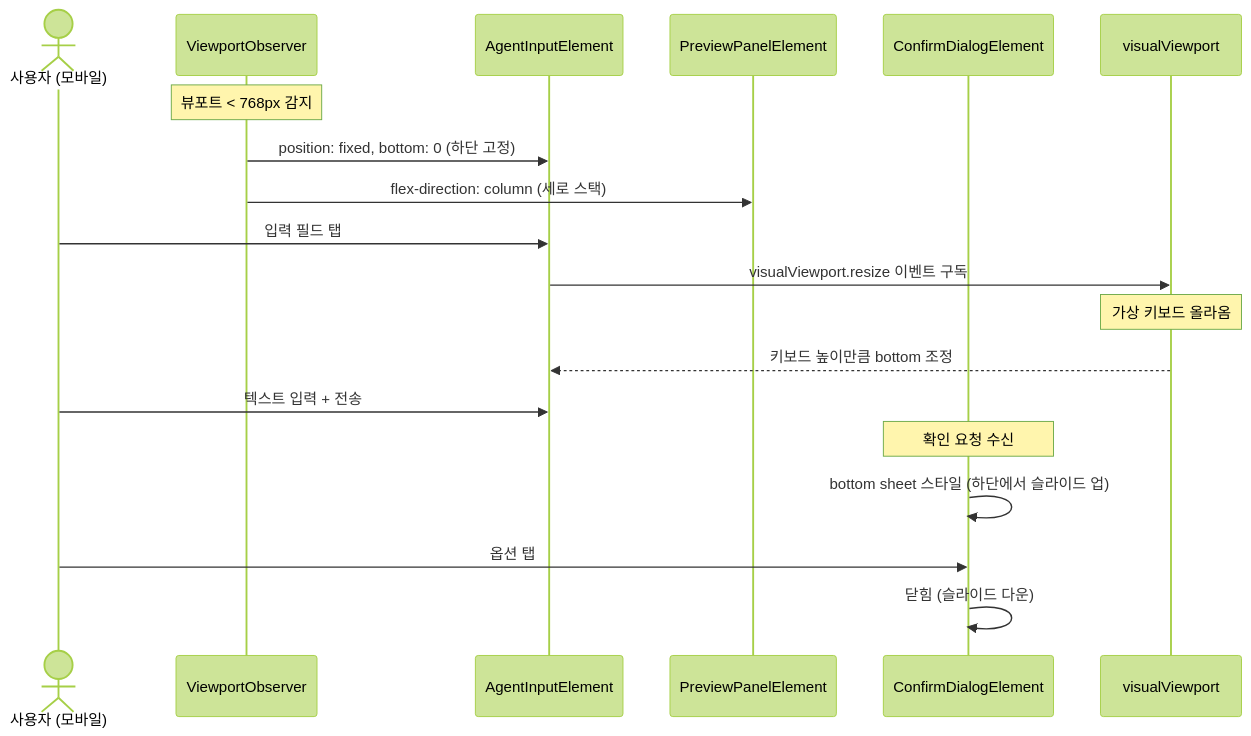
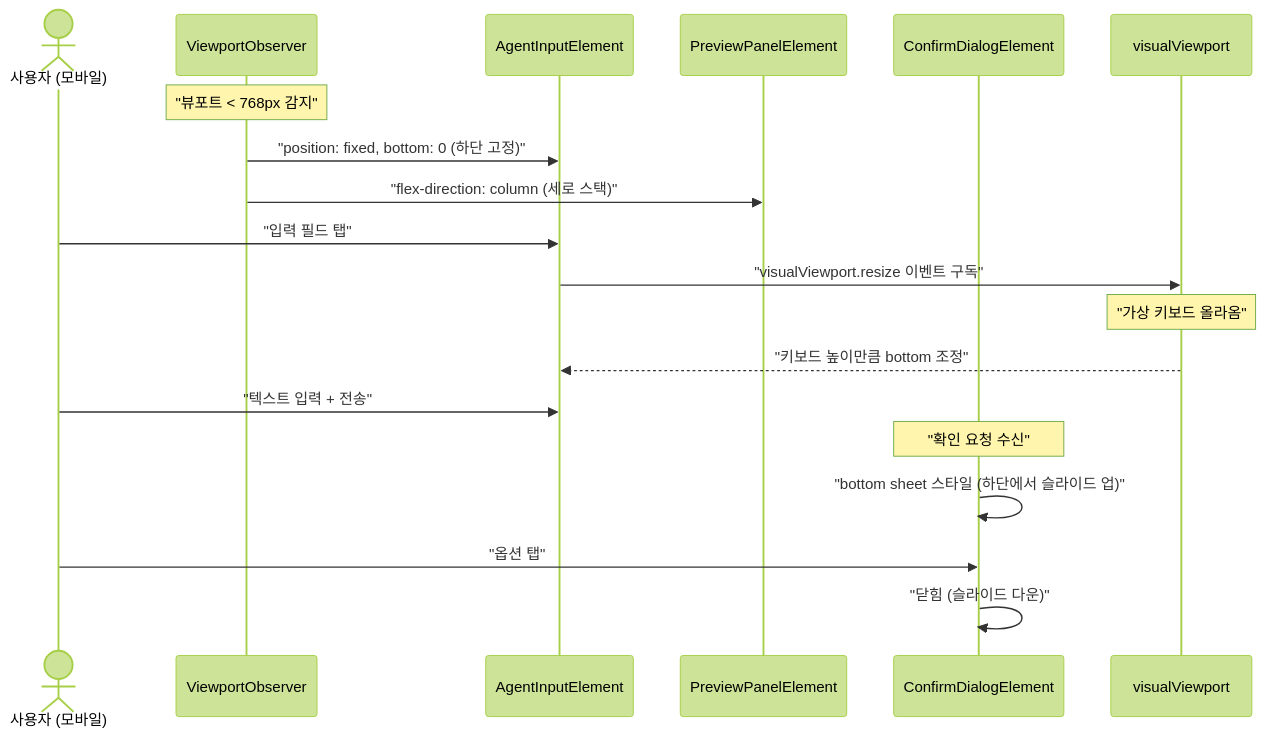
The sixth of 6 diagrams in agent-ui/USECASE.md (sayaya1090/handbook), drawn with Mermaid (forest theme) before and after one commit. The commit also changed other lines of this file and 22 other files, not shown here.

First line of the commit message:
docs: Mermaid 다이어그램 렌더링 오류 수정을 위한 구문 전수 교정

````diff
--- a/agent-ui/USECASE.md
+++ b/agent-ui/USECASE.md
@@ -275,24 +275,24 @@
 ```mermaid
 sequenceDiagram
     actor User as 사용자 (모바일)
     participant VP as ViewportObserver
     participant Input as AgentInputElement
     participant Preview as PreviewPanelElement
     participant Confirm as ConfirmDialogElement
     participant VV as visualViewport
 
-    Note over VP: 뷰포트 < 768px 감지
-    VP->>Input: position: fixed, bottom: 0 (하단 고정)
-    VP->>Preview: flex-direction: column (세로 스택)
+    Note over VP: "뷰포트 < 768px 감지"
+    VP->>Input: "position: fixed, bottom: 0 (하단 고정)"
+    VP->>Preview: "flex-direction: column (세로 스택)"
 
-    User->>Input: 입력 필드 탭
-    Input->>VV: visualViewport.resize 이벤트 구독
-    Note over VV: 가상 키보드 올라옴
-    VV-->>Input: 키보드 높이만큼 bottom 조정
-    User->>Input: 텍스트 입력 + 전송
+    User->>Input: "입력 필드 탭"
+    Input->>VV: "visualViewport.resize 이벤트 구독"
+    Note over VV: "가상 키보드 올라옴"
+    VV-->>Input: "키보드 높이만큼 bottom 조정"
+    User->>Input: "텍스트 입력 + 전송"
 
-    Note over Confirm: 확인 요청 수신
-    Confirm->>Confirm: bottom sheet 스타일 (하단에서 슬라이드 업)
-    User->>Confirm: 옵션 탭
-    Confirm->>Confirm: 닫힘 (슬라이드 다운)
+    Note over Confirm: "확인 요청 수신"
+    Confirm->>Confirm: "bottom sheet 스타일 (하단에서 슬라이드 업)"
+    User->>Confirm: "옵션 탭"
+    Confirm->>Confirm: "닫힘 (슬라이드 다운)"
 ```
````
